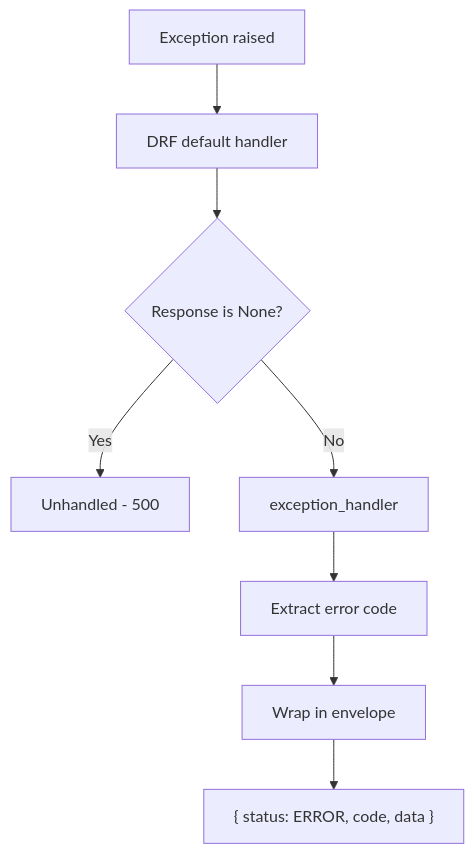
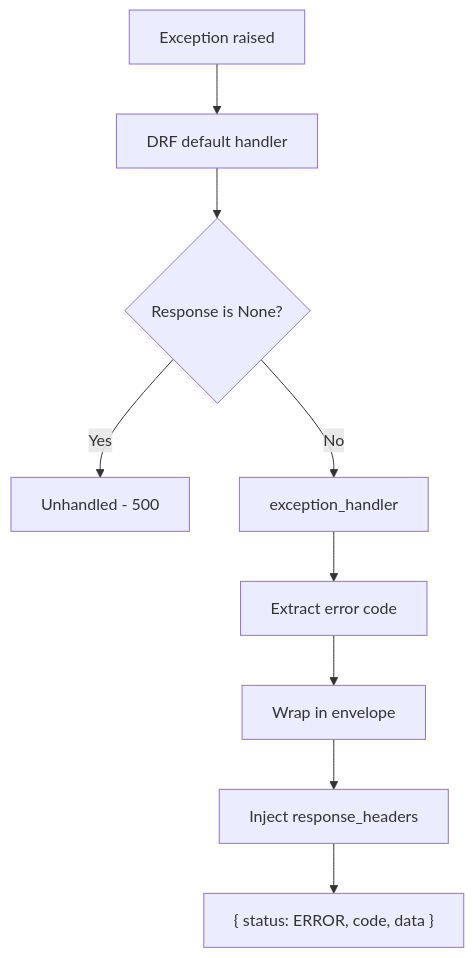
One commit to camercadop/drf-enterprise-information-platform changed the first of 2 diagrams in docs/guidelines/error-handling.md. Above: the diagram before and after it, drawn with Mermaid. The commit also changed other lines of this file and 2 other files, not shown here.

Commit message:
feat(exceptions): add response_headers property to APIException and ThrottlingError

````diff
--- a/docs/guidelines/error-handling.md
+++ b/docs/guidelines/error-handling.md
@@ -17,10 +17,11 @@
 ```mermaid
 flowchart
     A[Exception raised] --> B[DRF default handler]
     B --> C{Response is None?}
     C -->|Yes| D[Unhandled - 500]
     C -->|No| E[exception_handler]
     E --> F[Extract error code]
     F --> G[Wrap in envelope]
-    G --> H["{ status: ERROR, code, data }"]
+    G --> H[Inject response_headers]
+    H --> I["{ status: ERROR, code, data }"]
 ```
````
